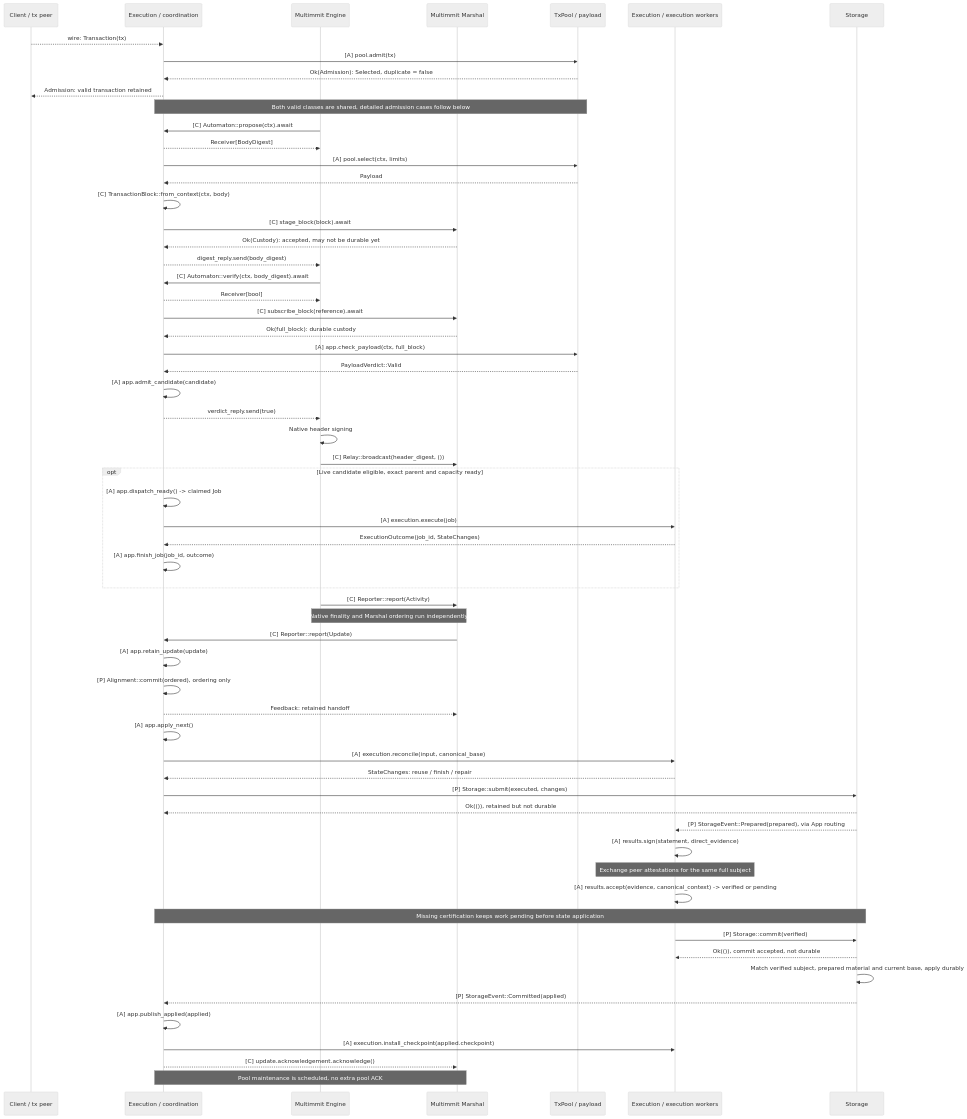
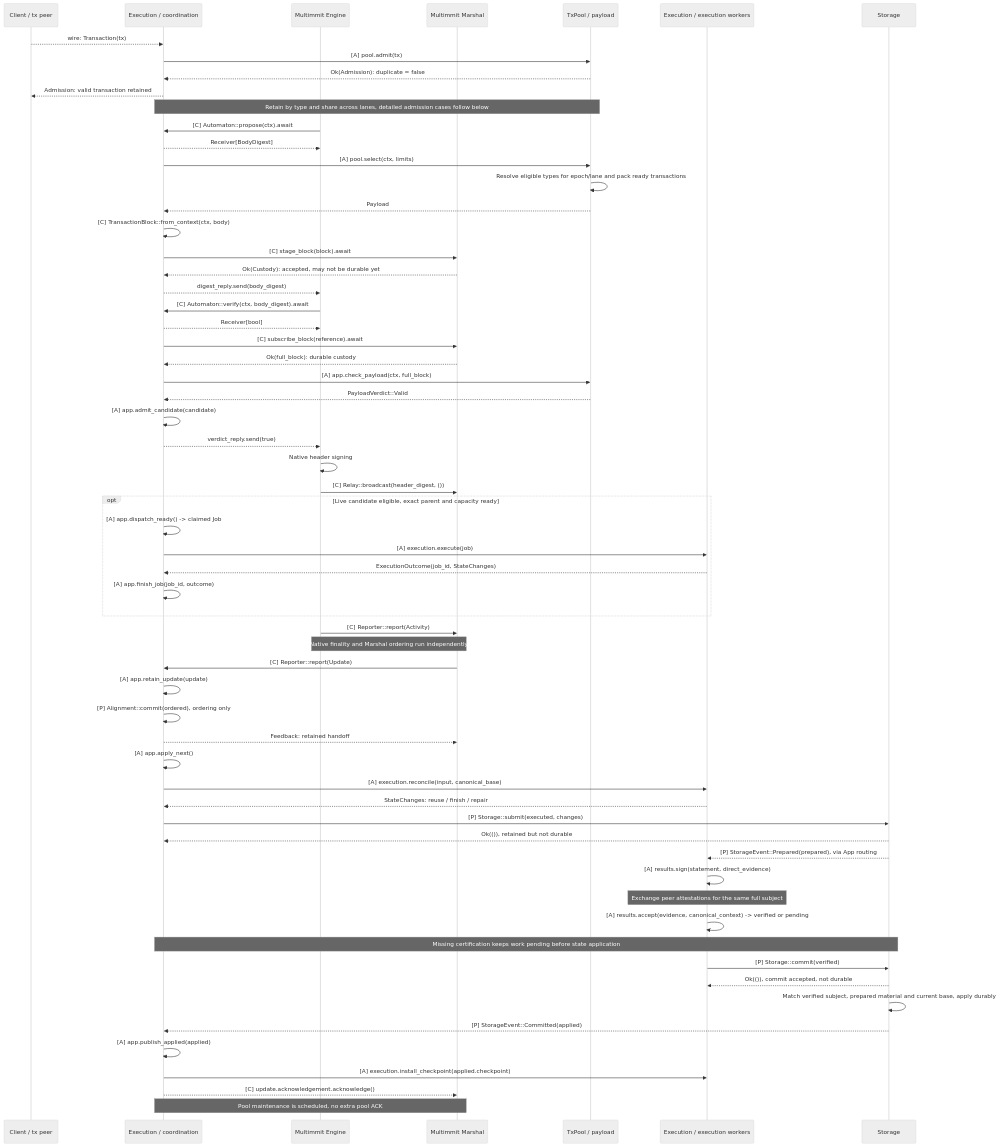
The diagram in docs/assets/diagrams/diagram-02.mmd (djm07073/baton), drawn with Mermaid (neutral theme) before and after one commit. The commit also changed 32 other files, not shown here.

Commit message:
refactor: separate transaction admission from epoch lane selection

```diff
--- a/docs/assets/diagrams/diagram-02.mmd
+++ b/docs/assets/diagrams/diagram-02.mmd
@@ -1,62 +1,63 @@
 sequenceDiagram
     participant C as Client / tx peer
     participant A as Execution / coordination
     participant N as Multimmit Engine
     participant M as Multimmit Marshal
     participant P as TxPool / payload
     participant E as Execution / execution workers
     participant S as Storage
     C-->>A: wire: Transaction(tx)
     A->>P: [A] pool.admit(tx)
-    P-->>A: Ok(Admission): Selected, duplicate = false
+    P-->>A: Ok(Admission): duplicate = false
     A-->>C: Admission: valid transaction retained
-    Note over A,P: Both valid classes are shared, detailed admission cases follow below
+    Note over A,P: Retain by type and share across lanes, detailed admission cases follow below
     N->>A: [C] Automaton::propose(ctx).await
     A-->>N: Receiver[BodyDigest]
     A->>P: [A] pool.select(ctx, limits)
+    P->>P: Resolve eligible types for epoch/lane and pack ready transactions
     P-->>A: Payload
     A->>A: [C] TransactionBlock::from_context(ctx, body)
     A->>M: [C] stage_block(block).await
     M-->>A: Ok(Custody): accepted, may not be durable yet
     A-->>N: digest_reply.send(body_digest)
     N->>A: [C] Automaton::verify(ctx, body_digest).await
     A-->>N: Receiver[bool]
     A->>M: [C] subscribe_block(reference).await
     M-->>A: Ok(full_block): durable custody
     A->>P: [A] app.check_payload(ctx, full_block)
     P-->>A: PayloadVerdict::Valid
     A->>A: [A] app.admit_candidate(candidate)
     A-->>N: verdict_reply.send(true)
     N->>N: Native header signing
     N->>M: [C] Relay::broadcast(header_digest, ())
     opt Live candidate eligible, exact parent and capacity ready
         A->>A: [A] app.dispatch_ready() -> claimed Job
         A->>E: [A] execution.execute(job)
         E-->>A: ExecutionOutcome(job_id, StateChanges)
         A->>A: [A] app.finish_job(job_id, outcome)
     end
     N->>M: [C] Reporter::report(Activity)
     Note over N,M: Native finality and Marshal ordering run independently
     M->>A: [C] Reporter::report(Update)
     A->>A: [A] app.retain_update(update)
     A->>A: [P] Alignment::commit(ordered), ordering only
     A-->>M: Feedback: retained handoff
     A->>A: [A] app.apply_next()
     A->>E: [A] execution.reconcile(input, canonical_base)
     E-->>A: StateChanges: reuse / finish / repair
     A->>S: [P] Storage::submit(executed, changes)
     S-->>A: Ok(()), retained but not durable
     S-->>E: [P] StorageEvent::Prepared(prepared), via App routing
     E->>E: [A] results.sign(statement, direct_evidence)
     Note over E: Exchange peer attestations for the same full subject
     E->>E: [A] results.accept(evidence, canonical_context) -> verified or pending
 
     Note over A,S: Missing certification keeps work pending before state application
     E->>S: [P] Storage::commit(verified)
     S-->>E: Ok(()), commit accepted, not durable
     S->>S: Match verified subject, prepared material and current base, apply durably
     S-->>A: [P] StorageEvent::Committed(applied)
     A->>A: [A] app.publish_applied(applied)
     A->>E: [A] execution.install_checkpoint(applied.checkpoint)
     A-->>M: [C] update.acknowledgement.acknowledge()
     Note over A,M: Pool maintenance is scheduled, no extra pool ACK
```
